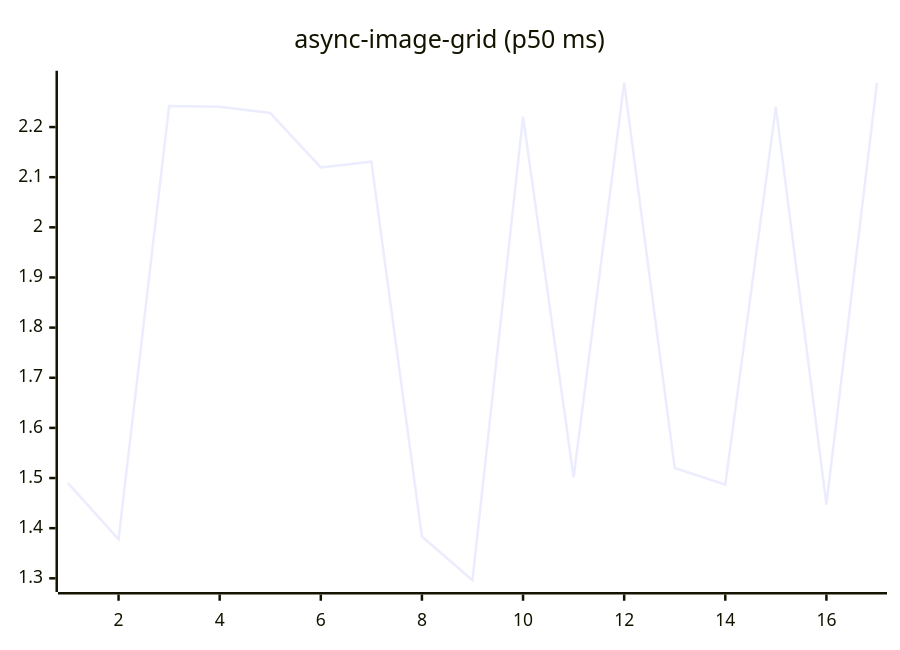
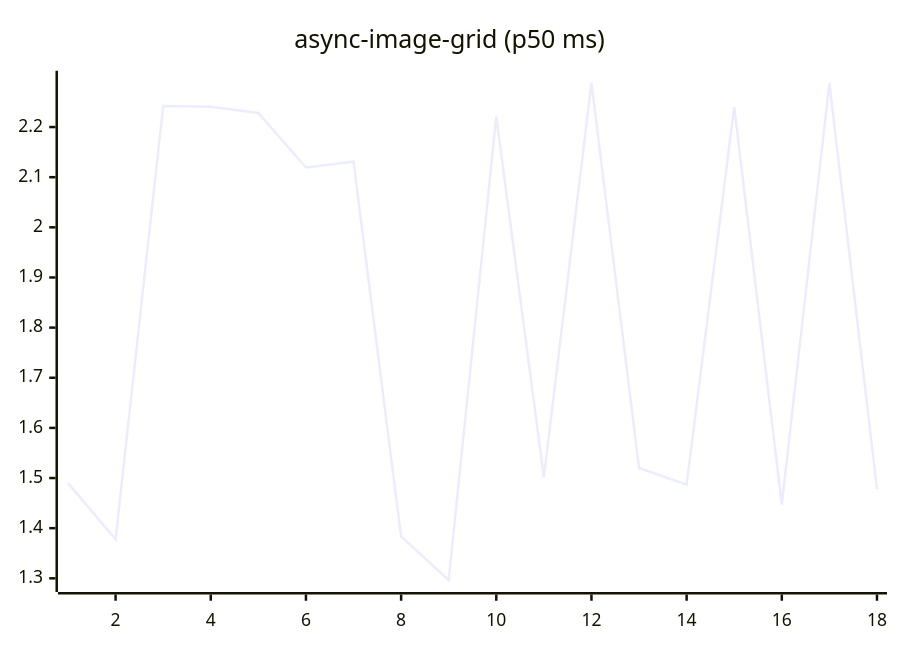
Before and after one commit to josha/Facet: the fifth of 27 diagrams in README.md, drawn with Mermaid. The commit also changed other lines of this file and 2 other files, not shown here.

````diff
--- a/README.md
+++ b/README.md
@@ -91,6 +91,6 @@
 ```mermaid
 xychart-beta
     title "async-image-grid (p50 ms)"
-    x-axis 1 --> 17
-    line [1.4898, 1.3778, 2.2419, 2.2404, 2.2280, 2.1194, 2.1310, 1.3834, 1.2964, 2.2208, 1.5015, 2.2886, 1.5200, 1.4868, 2.2404, 1.4470, 2.2880]
+    x-axis 1 --> 18
+    line [1.4898, 1.3778, 2.2419, 2.2404, 2.2280, 2.1194, 2.1310, 1.3834, 1.2964, 2.2208, 1.5015, 2.2886, 1.5200, 1.4868, 2.2404, 1.4470, 2.2880, 1.4779]
 ```
````
